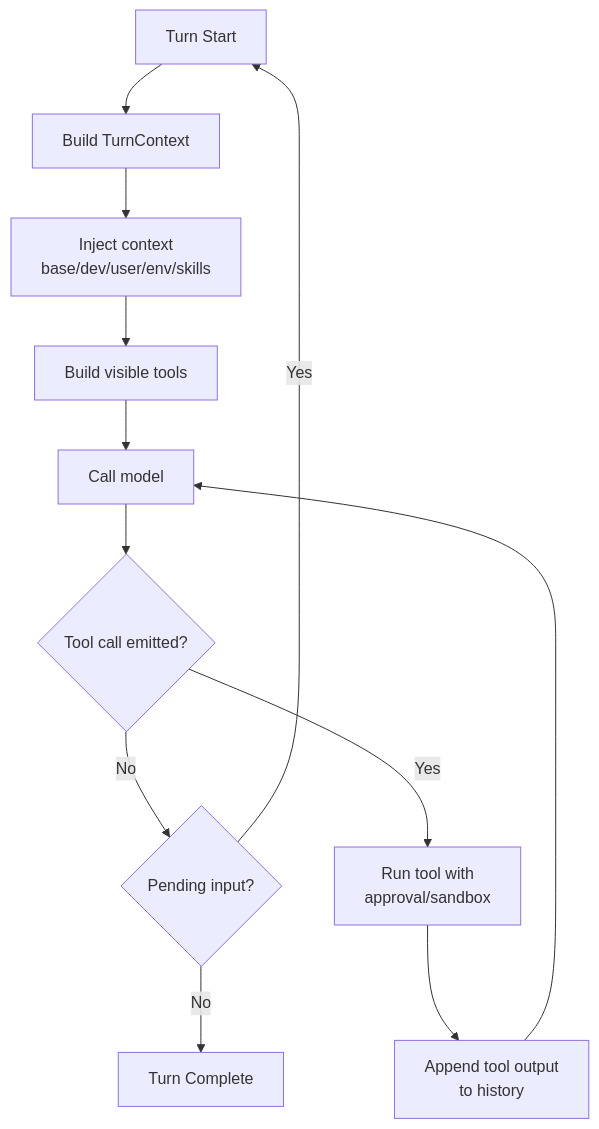
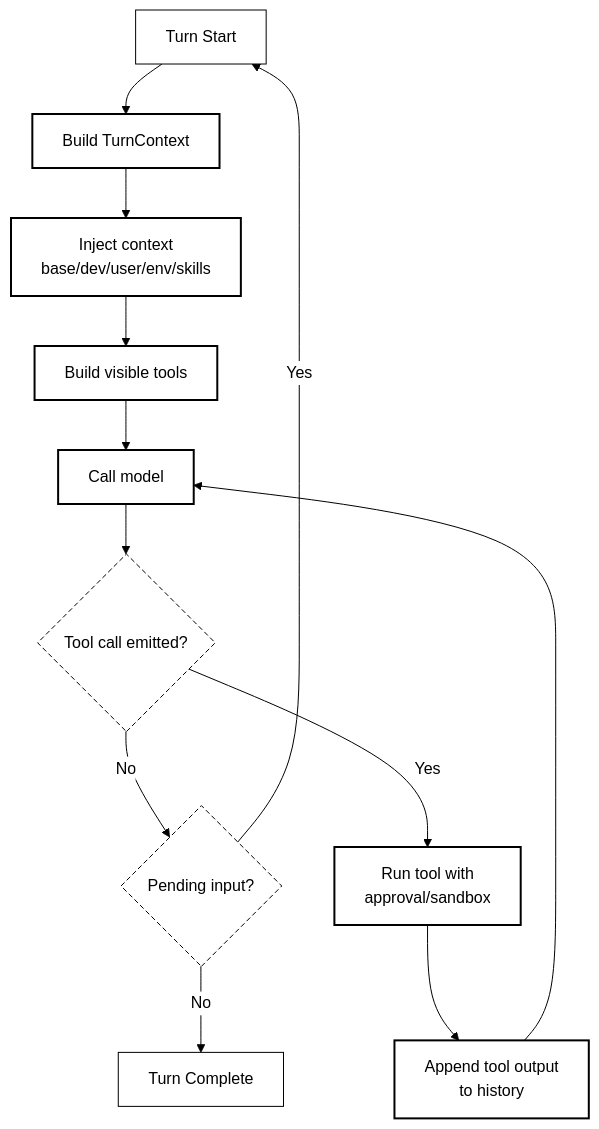
Before and after one commit to inputhacker/KnowledgeBase: the third of 5 diagrams in agentic_workflow/codex_agentic_workflow/README.md, drawn with Mermaid. The commit also changed other lines of this file and 1 other file, not shown here.

Commit message:
docs: improve mermaid contrast in Codex workflow docs

````diff
--- a/agentic_workflow/codex_agentic_workflow/README.md
+++ b/agentic_workflow/codex_agentic_workflow/README.md
@@ -85,19 +101,27 @@
 ```mermaid
+%%{init: {"theme":"base","themeVariables":{"primaryColor":"#ffffff","primaryTextColor":"#000000","primaryBorderColor":"#000000","lineColor":"#000000","secondaryColor":"#ffffff","tertiaryColor":"#ffffff","clusterBkg":"#ffffff","clusterBorder":"#000000","edgeLabelBackground":"#ffffff"}}}%%
 flowchart TD
     S[Turn Start]
     C1[Build TurnContext]
     C2[Inject context<br/>base/dev/user/env/skills]
     C3[Build visible tools]
     M1[Call model]
     D{Tool call emitted?}
     T1[Run tool with<br/>approval/sandbox]
     T2[Append tool output<br/>to history]
     P{Pending input?}
     E[Turn Complete]
 
     S --> C1 --> C2 --> C3 --> M1 --> D
     D -- No --> P
     D -- Yes --> T1 --> T2 --> M1
     P -- Yes --> S
     P -- No --> E
+
+    classDef plain fill:#fff,stroke:#000,color:#000,stroke-width:1px;
+    classDef focus fill:#fff,stroke:#000,color:#000,stroke-width:2px;
+    classDef dashed fill:#fff,stroke:#000,color:#000,stroke-dasharray: 5 3;
+    class S,E plain;
+    class C1,C2,C3,M1,T1,T2 focus;
+    class D,P dashed;
 ```
````
